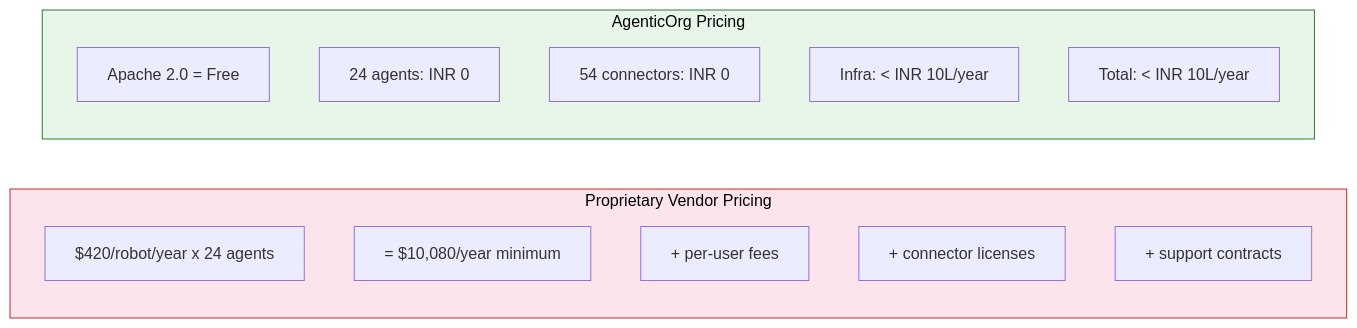
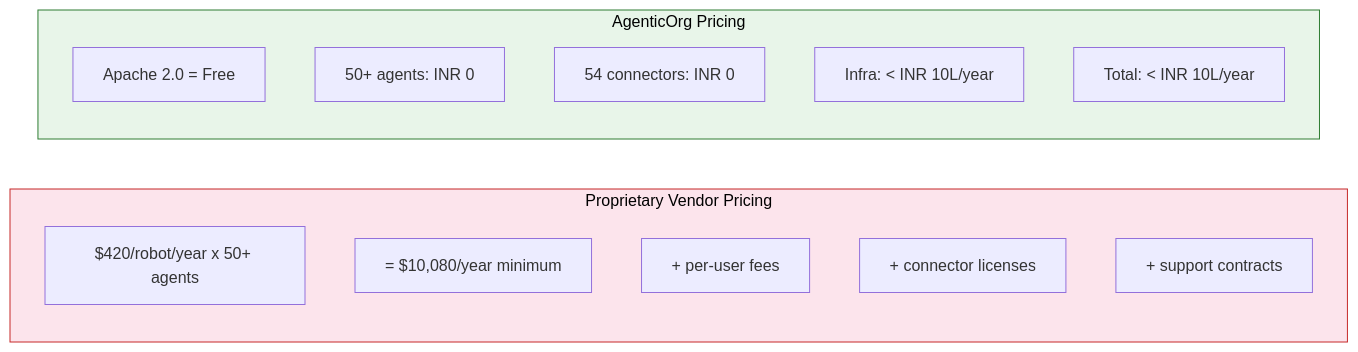
Before and after one commit to mishrasanjeev/agentic-org: the fifth of 7 diagrams in docs/why-agenticorg.md, drawn with Mermaid. The commit also changed 4 other files, not shown here.

````diff
--- a/docs/why-agenticorg.md
+++ b/docs/why-agenticorg.md
@@ -236,21 +236,21 @@
 ```mermaid
 graph LR
     subgraph Proprietary["Proprietary Vendor Pricing"]
-        P1["$420/robot/year x 24 agents"]
+        P1["$420/robot/year x 50+ agents"]
         P2["= $10,080/year minimum"]
         P3["+ per-user fees"]
         P4["+ connector licenses"]
         P5["+ support contracts"]
     end
 
     subgraph OpenSource["AgenticOrg Pricing"]
         O1["Apache 2.0 = Free"]
-        O2["24 agents: INR 0"]
+        O2["50+ agents: INR 0"]
         O3["54 connectors: INR 0"]
         O4["Infra: < INR 10L/year"]
         O5["Total: < INR 10L/year"]
     end
 
     style Proprietary fill:#fce4ec,stroke:#c62828,color:#000
     style OpenSource fill:#e8f5e9,stroke:#2e7d32,color:#000
 ```
````
